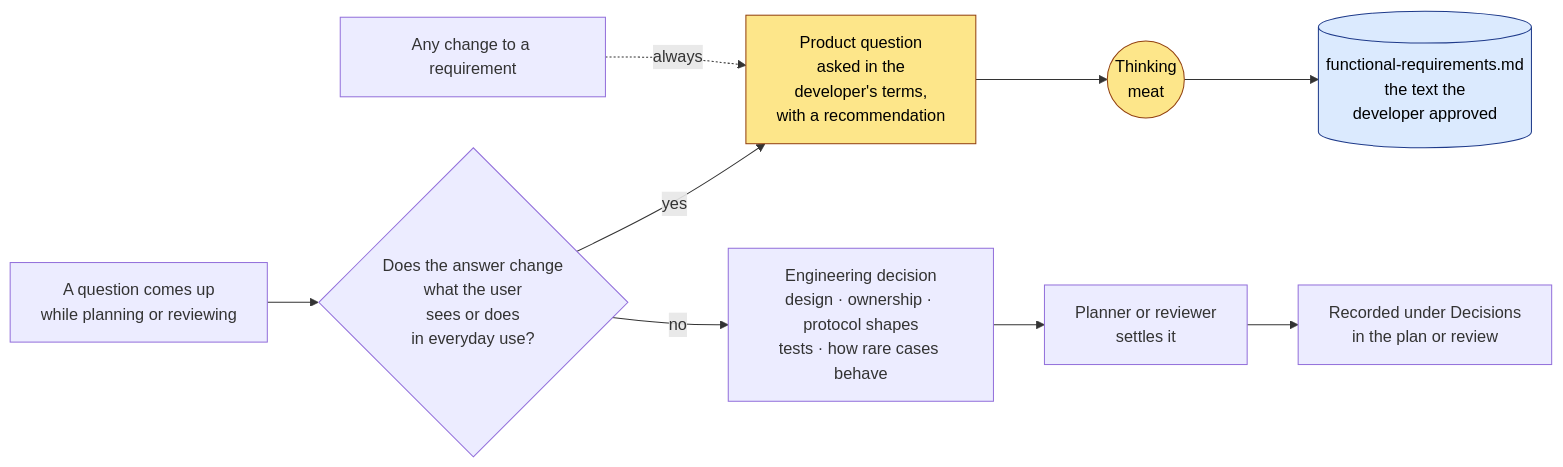
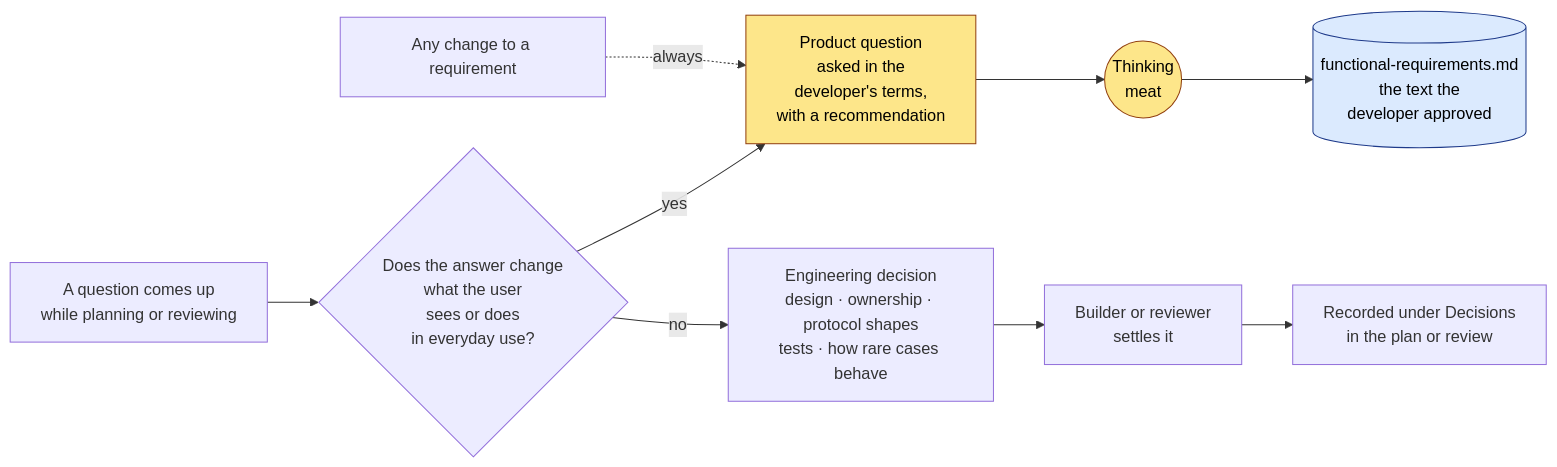
Before and after one commit to kkestell/ox: the first of 5 diagrams in .claude/skills/README.md, drawn with Mermaid. The commit also changed other lines of this file and 6 other files, not shown here.

````diff
--- a/.claude/skills/README.md
+++ b/.claude/skills/README.md
@@ -13,19 +13,19 @@
 ```mermaid
 flowchart LR
     Q["A question comes up<br/>while planning or reviewing"] --> T{"Does the answer change<br/>what the user<br/>sees or does<br/>in everyday use?"}
 
     T -- yes --> PQ["Product question<br/>asked in the<br/>developer's terms,<br/>with a recommendation"]
     PQ --> You(("Thinking<br/>meat"))
     You --> FR[("functional-requirements.md<br/>the text the<br/>developer approved")]
 
     T -- no --> EQ["Engineering decision<br/>design · ownership · protocol shapes<br/>tests · how rare cases behave"]
-    EQ --> Agents["Planner or reviewer<br/>settles it"]
+    EQ --> Agents["Builder or reviewer<br/>settles it"]
     Agents --> Rec["Recorded under Decisions<br/>in the plan or review"]
 
     RC["Any change to a requirement"] -. always .-> PQ
 
     classDef you fill:#fde68a,stroke:#92400e,color:#000
     classDef doc fill:#dbeafe,stroke:#1e3a8a,color:#000
     class You,PQ you
     class FR doc
 ```
````
